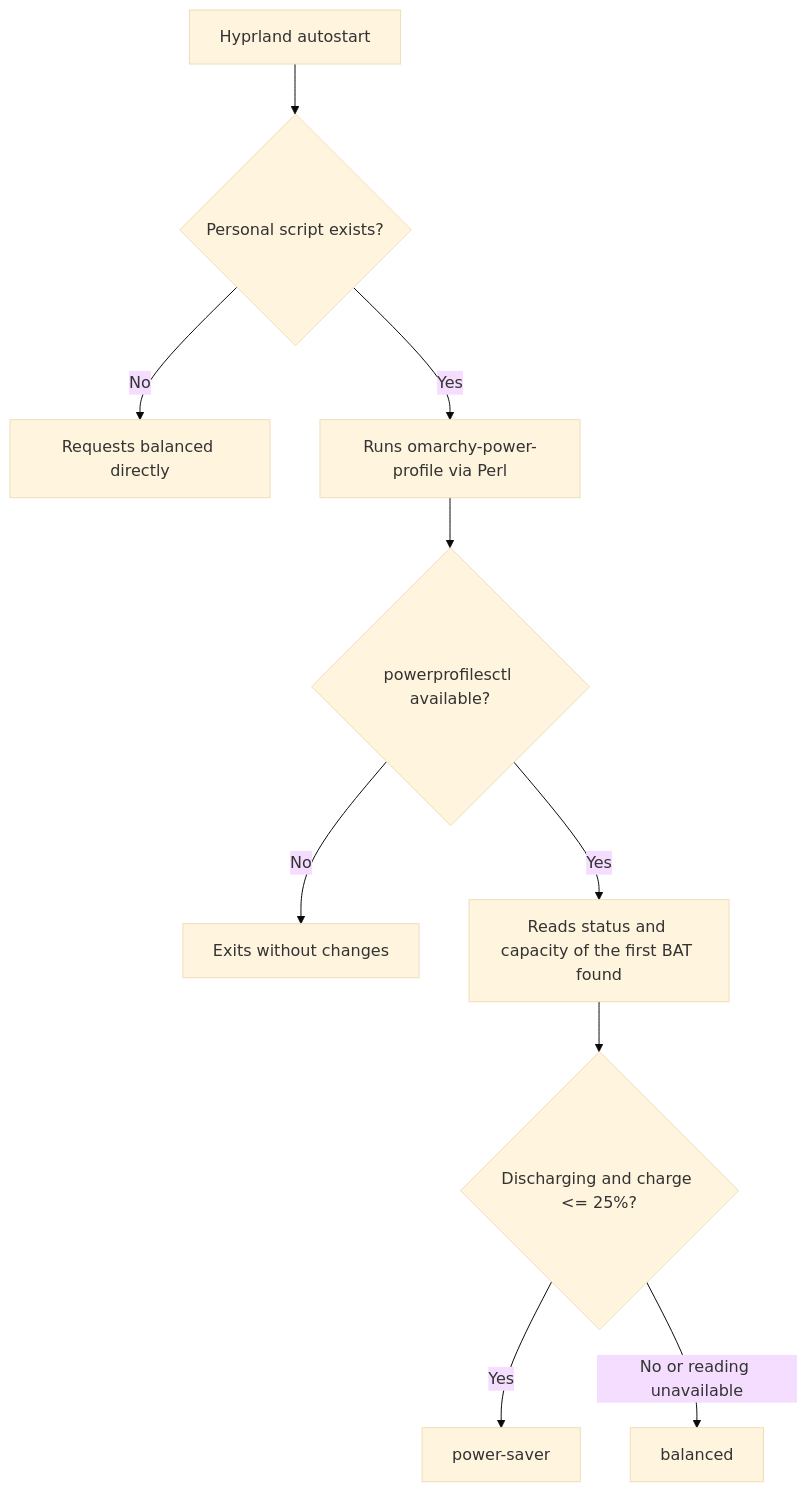
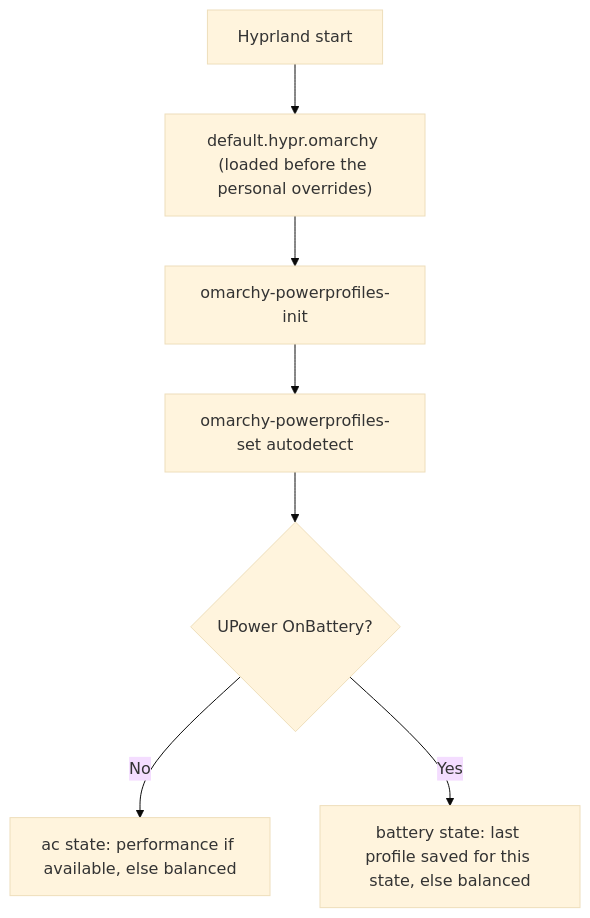
One commit to KitsuneSemCalda/Dotfiles changed the third of 8 diagrams in SamsungBook-Np550xda/docs/architecture.md. Above: the diagram before and after it, drawn with Mermaid (base theme). The commit also changed other lines of this file and 3 other files, not shown here.

First line of the commit message:
fix(omarchy): stop duplicating omarchy-powerprofiles-init in autostart

````diff
--- a/SamsungBook-Np550xda/docs/architecture.md
+++ b/SamsungBook-Np550xda/docs/architecture.md
@@ -119,12 +119,9 @@
 ```mermaid
 flowchart TD
-  A["Hyprland autostart"] --> B{"Personal script exists?"}
-  B -->|No| C["Requests balanced directly"]
-  B -->|Yes| D["Runs omarchy-power-profile via Perl"]
-  D --> E{"powerprofilesctl available?"}
-  E -->|No| F["Exits without changes"]
-  E -->|Yes| G["Reads status and capacity of the first BAT found"]
-  G --> H{"Discharging and charge <= 25%?"}
-  H -->|Yes| I["power-saver"]
-  H -->|No or reading unavailable| J["balanced"]
+  A["Hyprland start"] --> B["default.hypr.omarchy (loaded before the personal overrides)"]
+  B --> C["omarchy-powerprofiles-init"]
+  C --> D["omarchy-powerprofiles-set autodetect"]
+  D --> E{"UPower OnBattery?"}
+  E -->|No| F["ac state: performance if available, else balanced"]
+  E -->|Yes| G["battery state: last profile saved for this state, else balanced"]
 ```
````
